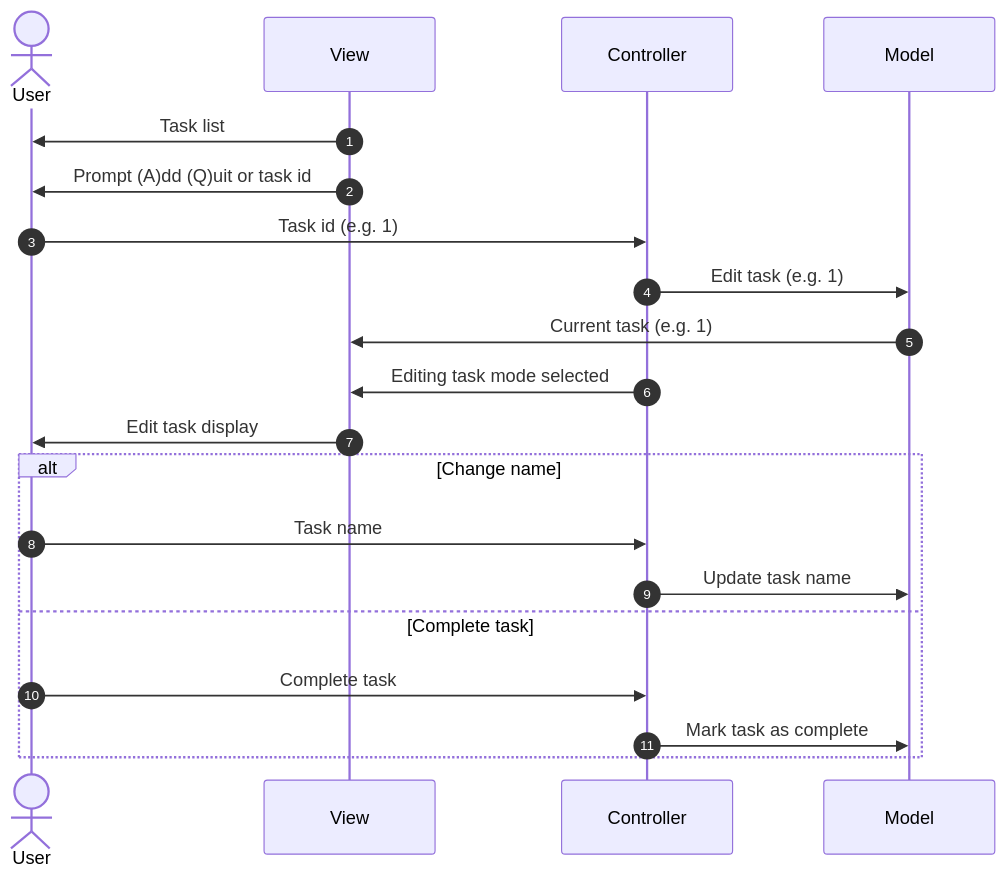
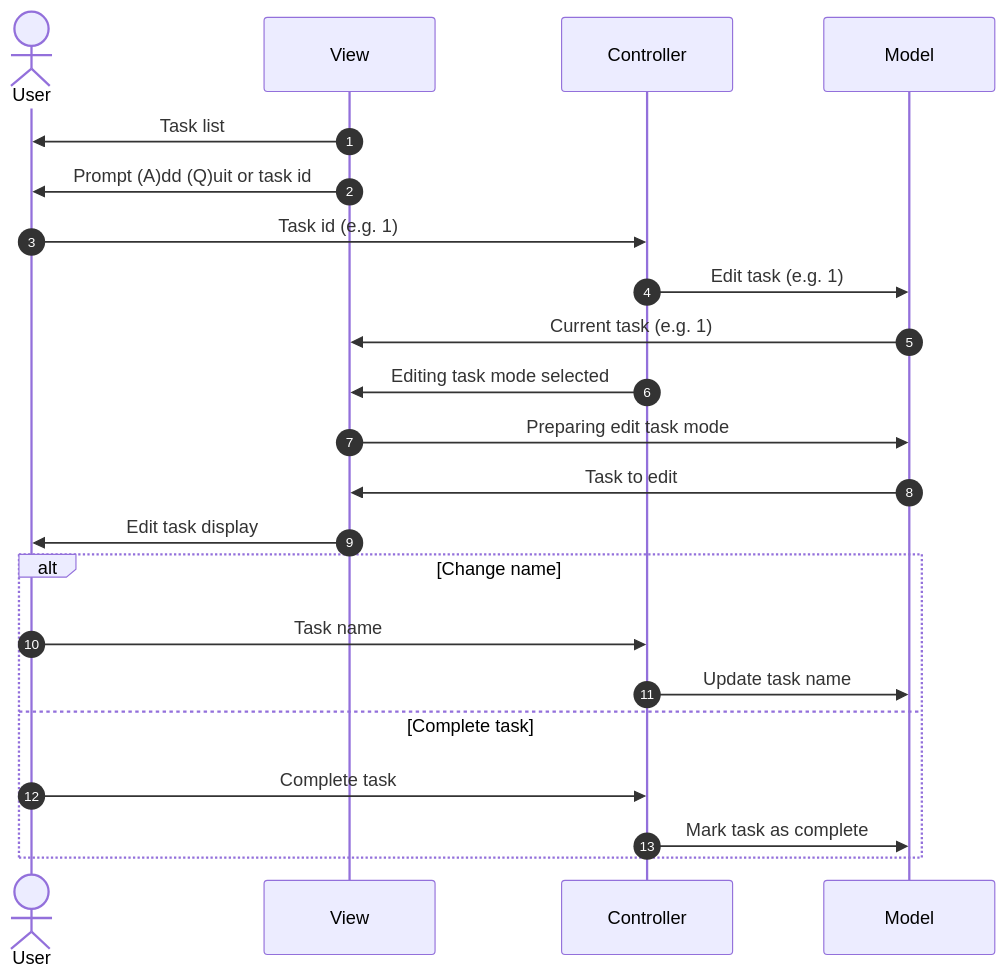
Before and after one commit to armakuni/csharp-katas: the third of 3 diagrams in task-list/README.md, drawn with Mermaid. The commit also changed 11 other files, not shown here.

````diff
--- a/task-list/README.md
+++ b/task-list/README.md
@@ -73,25 +73,27 @@
 ```mermaid
 sequenceDiagram
 	autonumber
 	Actor O as User
 	participant V as View
 	participant C as Controller
 	participant M as Model
 
 		V->>O: Task list
 		V->>O: Prompt (A)dd (Q)uit or task id
 
 			O->>C: Task id (e.g. 1)
 			C->>M: Edit task (e.g. 1)
 			M->>V: Current task (e.g. 1)
 			C->>V: Editing task mode selected
+			V->>M: Preparing edit task mode
+			M->>V: Task to edit
 			V->>O: Edit task display
 			alt Change name
 				O->>C: Task name
 				C->>M: Update task name
 			else Complete task
 				O->>C: Complete task
 				C->>M: Mark task as complete
 			end
 		
 ```
````
